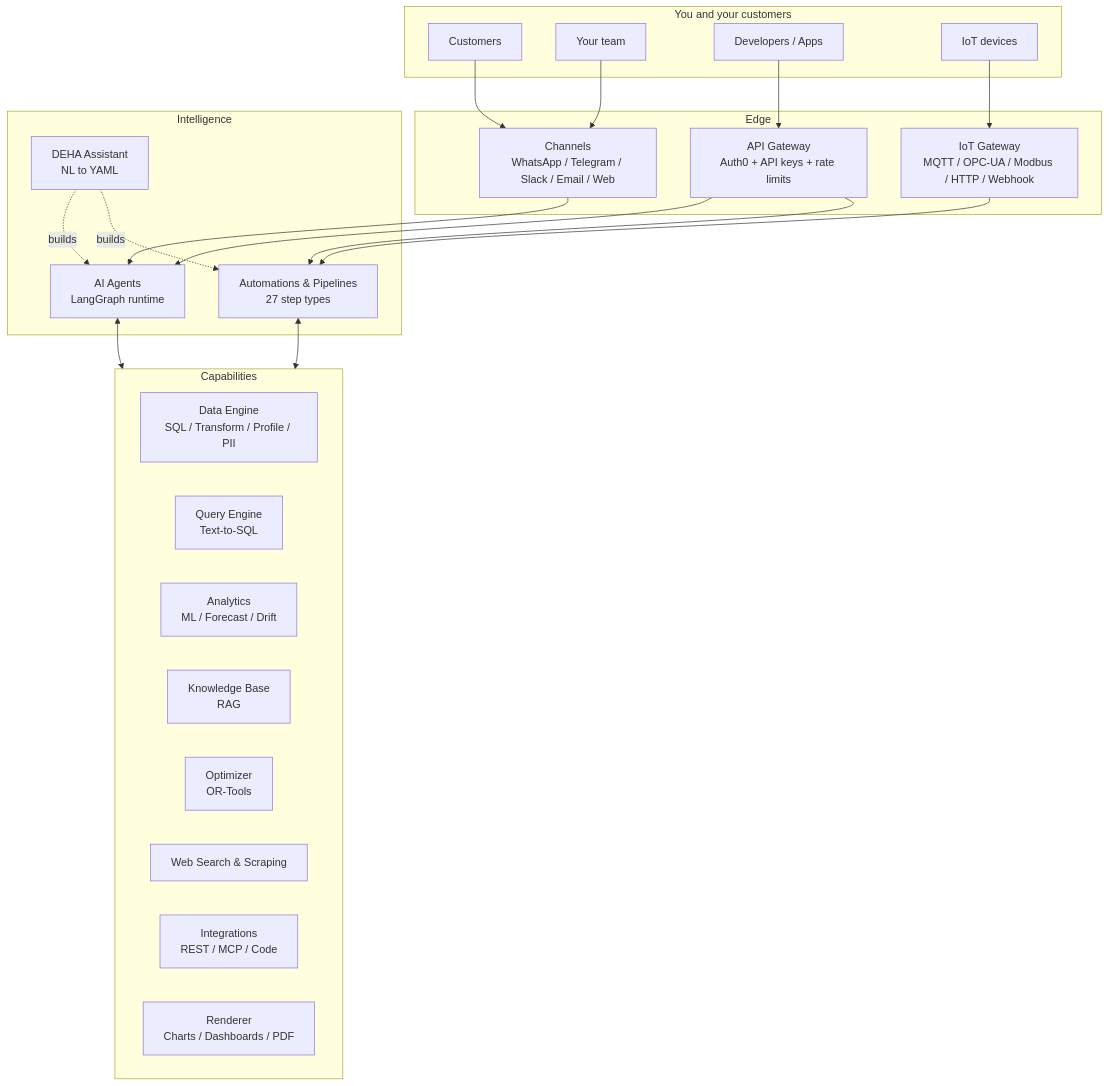
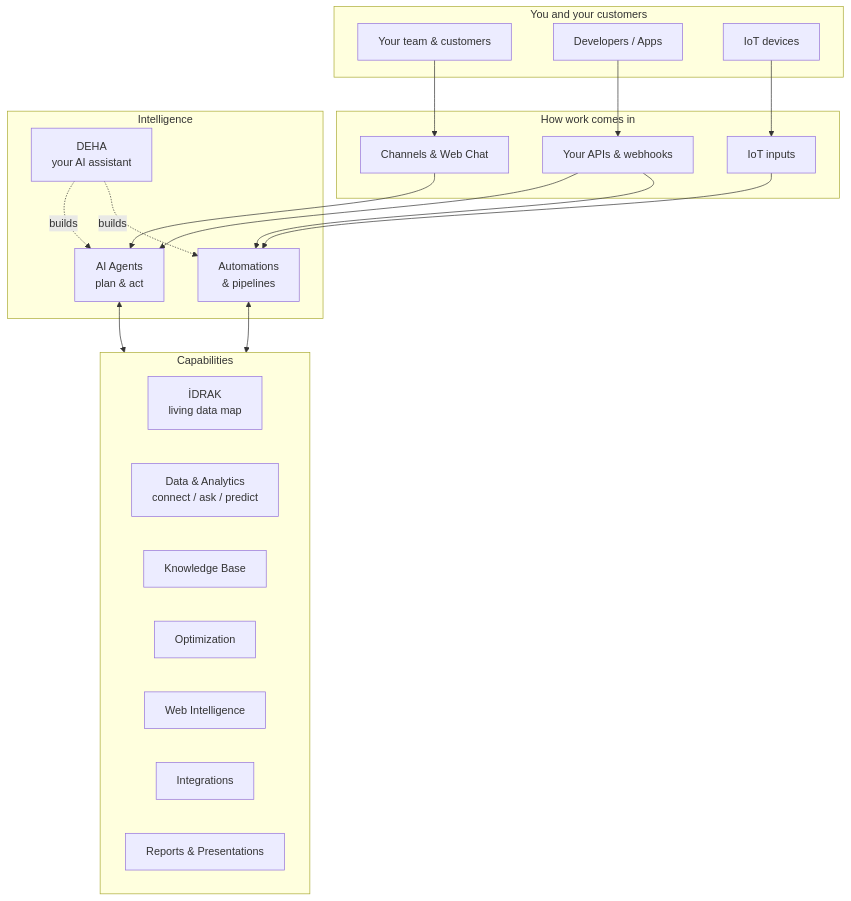
Before and after one commit to marmancakbay/mintlify-docs: the diagram in platform-overview.mdx, drawn with Mermaid. The commit also changed other lines of this file and 2065 other files, not shown here.

````diff
--- a/platform-overview.mdx
+++ b/platform-overview.mdx
@@ -14,45 +18,42 @@
 ```mermaid
 flowchart TB
     subgraph You["You and your customers"]
-        User[Customers]
-        Team[Your team]
+        User[Your team & customers]
         Devs[Developers / Apps]
         Things[IoT devices]
     end
 
-    subgraph Edge["Edge"]
-        Channels[Channels<br/>WhatsApp / Telegram / Slack / Email / Web]
-        IoT[IoT Gateway<br/>MQTT / OPC-UA / Modbus / HTTP / Webhook]
-        Gateway[API Gateway<br/>Auth0 + API keys + rate limits]
+    subgraph Entry["How work comes in"]
+        Channels[Channels & Web Chat]
+        IoT[IoT inputs]
+        API[Your APIs & webhooks]
     end
 
     subgraph Brain["Intelligence"]
-        Agents[AI Agents<br/>LangGraph runtime]
-        DEHA[DEHA Assistant<br/>NL to YAML]
-        Pipelines[Automations & Pipelines<br/>27 step types]
+        DEHA[DEHA<br/>your AI assistant]
+        Agents[AI Agents<br/>plan & act]
+        Pipelines[Automations<br/>& pipelines]
     end
 
     subgraph Capability["Capabilities"]
-        Data[Data Engine<br/>SQL / Transform / Profile / PII]
-        Query[Query Engine<br/>Text-to-SQL]
-        Analytics[Analytics<br/>ML / Forecast / Drift]
-        Knowledge[Knowledge Base<br/>RAG]
-        Optimize[Optimizer<br/>OR-Tools]
-        Web[Web Search & Scraping]
-        Tools[Integrations<br/>REST / MCP / Code]
-        Viz[Renderer<br/>Charts / Dashboards / PDF]
+        Idrak[İDRAK<br/>living data map]
+        Data[Data & Analytics<br/>connect / ask / predict]
+        Knowledge[Knowledge Base]
+        Optimize[Optimization]
+        Web[Web Intelligence]
+        Tools[Integrations]
+        Sunu[Reports & Presentations]
     end
 
     User --> Channels
     Things --> IoT
-    Team --> Channels
-    Devs --> Gateway
+    Devs --> API
     Channels --> Agents
     IoT --> Pipelines
-    Gateway --> Agents
-    Gateway --> Pipelines
+    API --> Agents
+    API --> Pipelines
     DEHA -.builds.-> Agents
     DEHA -.builds.-> Pipelines
     Agents <--> Capability
     Pipelines <--> Capability
 ```
````
